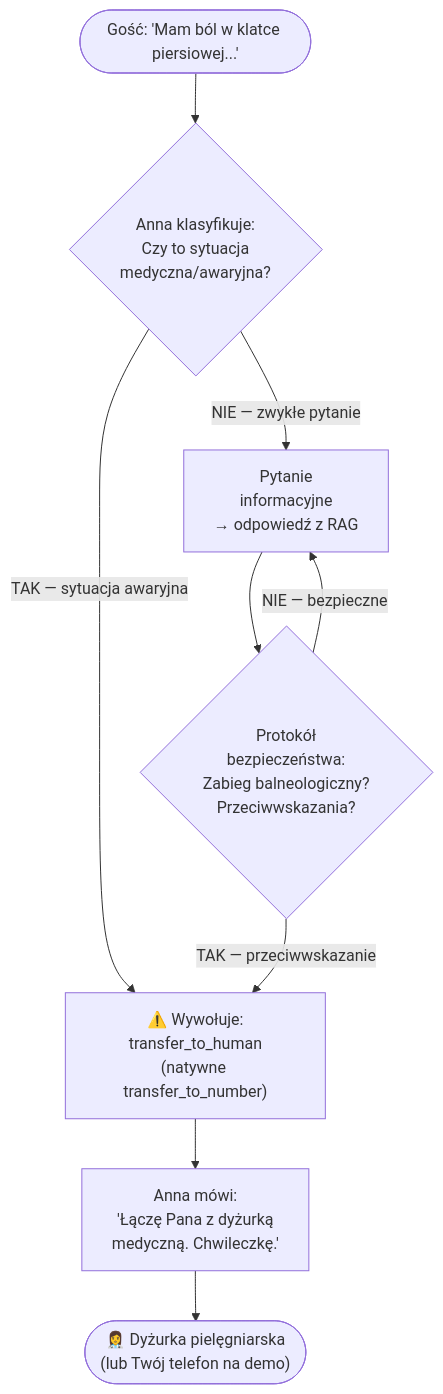
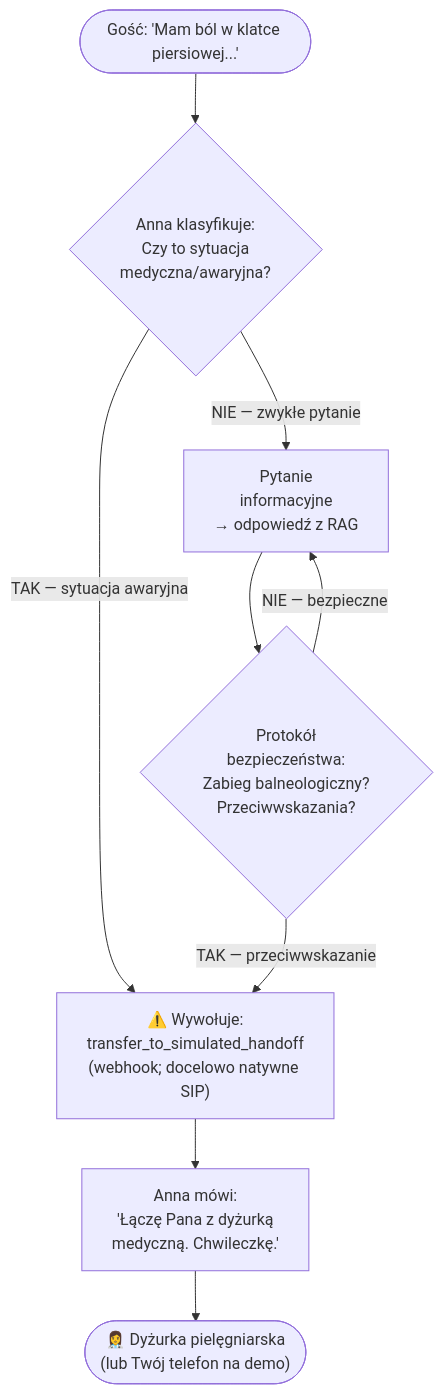
One commit to kpulka/Elevenlabs_SpaHotel_PoC changed the third of 5 diagrams in presentation/01_diagram_architektury.md. Above: the diagram before and after it, drawn with Mermaid. The commit also changed other lines of this file and 32 other files, not shown here.

````diff
--- a/presentation/01_diagram_architektury.md
+++ b/presentation/01_diagram_architektury.md
@@ -87,25 +87,25 @@
 ```mermaid
 flowchart TD
     START(["Gość: 'Mam ból w klatce piersiowej...'"])
 
     CLASSIFY{"Anna klasyfikuje:\nCzy to sytuacja\nmedyczna/awaryjna?"}
 
     RAG_OK["Pytanie\ninformacyjne\n→ odpowiedź z RAG"]
 
     SAFETY{"Protokół\nbezpieczeństwa:\nZabieg balneologiczny?\nPrzeciwwskazania?"}
 
-    HANDOFF["⚠️ Wywołuje:\ntransfer_to_human\n(natywne transfer_to_number)"]
+    HANDOFF["⚠️ Wywołuje:\ntransfer_to_simulated_handoff\n(webhook; docelowo natywne SIP)"]
 
     ANNA_MSG["Anna mówi:\n'Łączę Pana z dyżurką\nmedyczną. Chwileczkę.'"]
 
     NURSE(["👩‍⚕️ Dyżurka pielęgniarska\n(lub Twój telefon na demo)"])
 
     START --> CLASSIFY
     CLASSIFY -->|"NIE — zwykłe pytanie"| RAG_OK
     CLASSIFY -->|"TAK — sytuacja awaryjna"| HANDOFF
     RAG_OK --> SAFETY
     SAFETY -->|"NIE — bezpieczne"| RAG_OK
     SAFETY -->|"TAK — przeciwwskazanie"| HANDOFF
     HANDOFF --> ANNA_MSG
     ANNA_MSG --> NURSE
 ```
````
